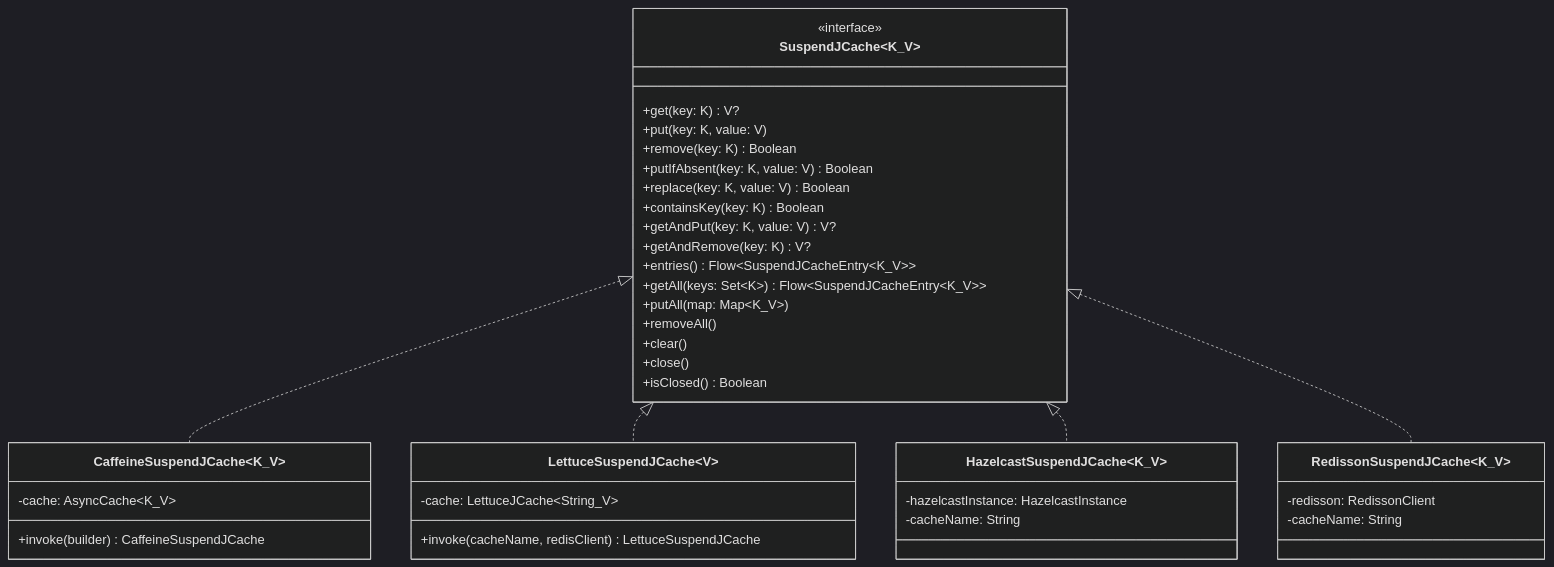
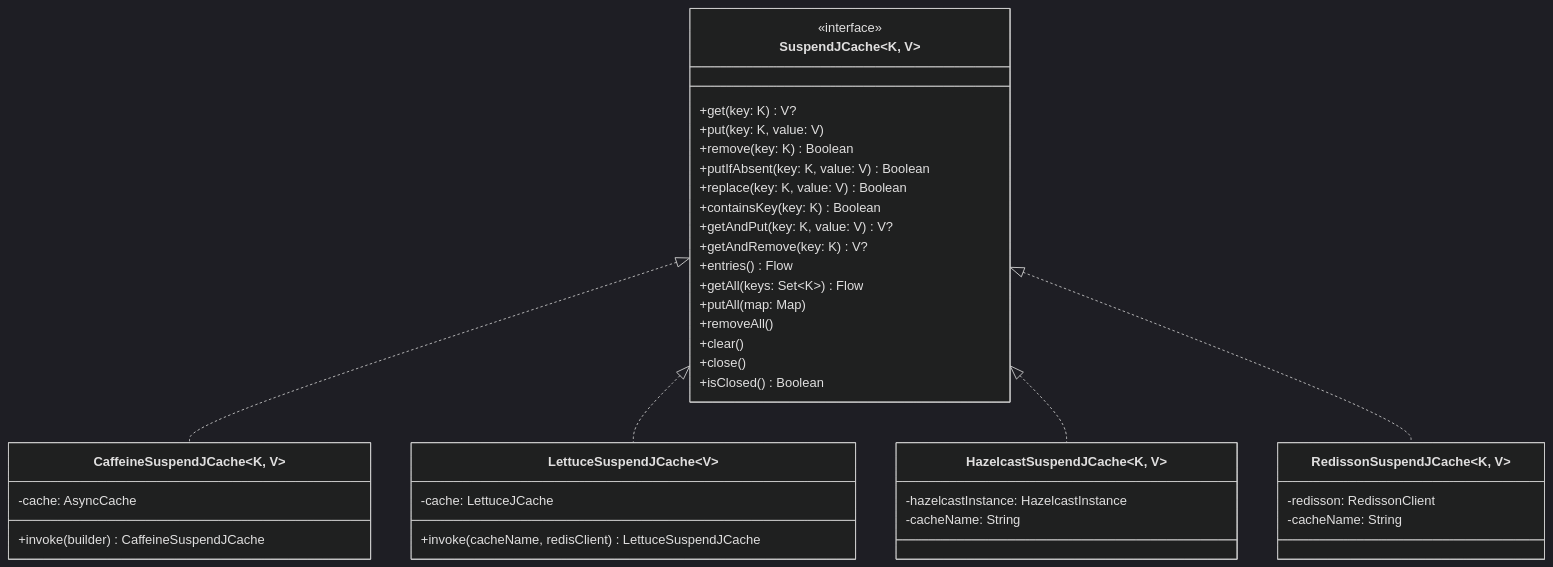
Before and after one commit to bluetape4k/bluetape4k-projects: the fifth of 7 diagrams in infra/cache-core/README.md, drawn with Mermaid (dark theme). The commit also changed other lines of this file and 37 other files, not shown here.

````diff
--- a/infra/cache-core/README.md
+++ b/infra/cache-core/README.md
@@ -146,46 +190,46 @@
 ```mermaid
 classDiagram
-    class SuspendJCache~K_V~ {
+    class SuspendJCache~K, V~ {
         <<interface>>
         +get(key: K) V?
         +put(key: K, value: V)
         +remove(key: K) Boolean
         +putIfAbsent(key: K, value: V) Boolean
         +replace(key: K, value: V) Boolean
         +containsKey(key: K) Boolean
         +getAndPut(key: K, value: V) V?
         +getAndRemove(key: K) V?
-        +entries() Flow~SuspendJCacheEntry~K_V~~
-        +getAll(keys: Set~K~) Flow~SuspendJCacheEntry~K_V~~
-        +putAll(map: Map~K_V~)
+        +entries() Flow
+        +getAll(keys: Set~K~) Flow
++putAll(map: Map)
         +removeAll()
         +clear()
         +close()
         +isClosed() Boolean
     }
 
-    class CaffeineSuspendJCache~K_V~ {
-        -cache: AsyncCache~K_V~
+class CaffeineSuspendJCache~K, V~ {
+-cache: AsyncCache
         +invoke(builder) CaffeineSuspendJCache
     }
 
     class LettuceSuspendJCache~V~ {
-        -cache: LettuceJCache~String_V~
+-cache: LettuceJCache
         +invoke(cacheName, redisClient) LettuceSuspendJCache
     }
 
-    class HazelcastSuspendJCache~K_V~ {
+class HazelcastSuspendJCache~K, V~ {
         -hazelcastInstance: HazelcastInstance
         -cacheName: String
     }
 
-    class RedissonSuspendJCache~K_V~ {
+class RedissonSuspendJCache~K, V~ {
         -redisson: RedissonClient
         -cacheName: String
     }
 
-    SuspendJCache~K_V~ <|.. CaffeineSuspendJCache
-    SuspendJCache~K_V~ <|.. LettuceSuspendJCache
-    SuspendJCache~K_V~ <|.. HazelcastSuspendJCache
-    SuspendJCache~K_V~ <|.. RedissonSuspendJCache
+SuspendJCache <|.. CaffeineSuspendJCache
+SuspendJCache <|.. LettuceSuspendJCache
+SuspendJCache <|.. HazelcastSuspendJCache
+SuspendJCache <|.. RedissonSuspendJCache
 ```
````
